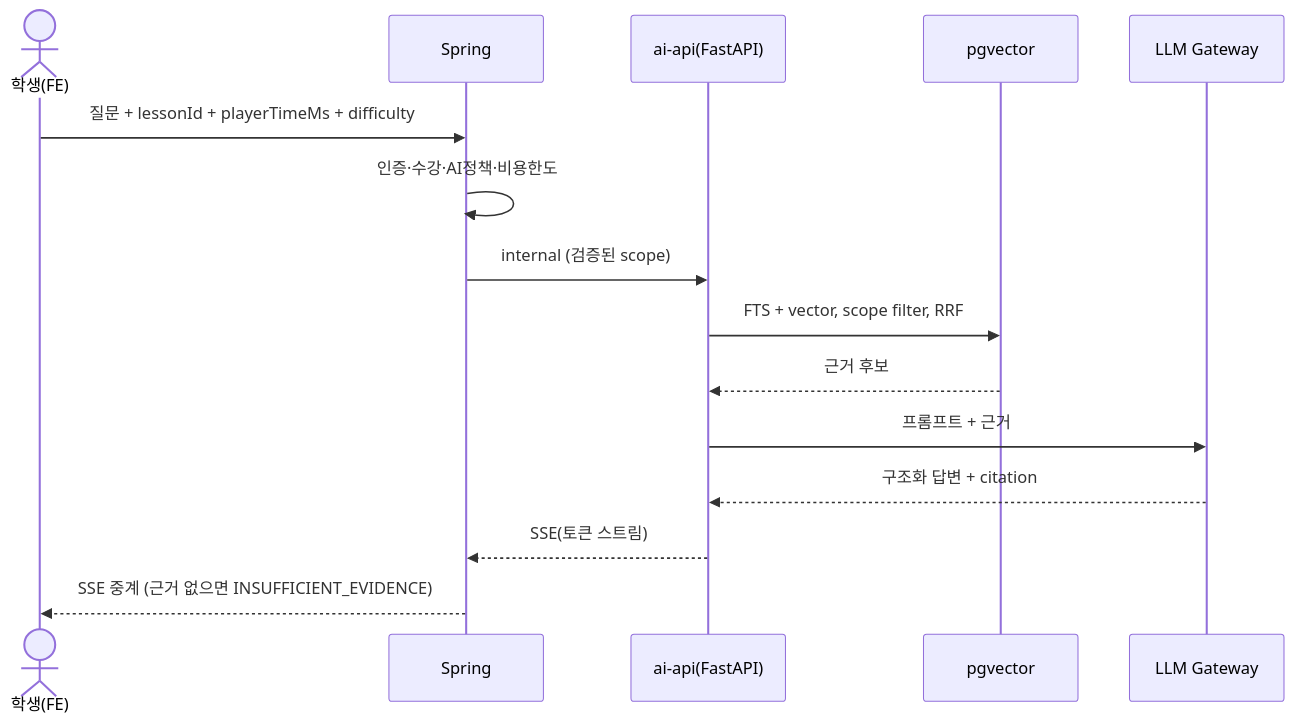
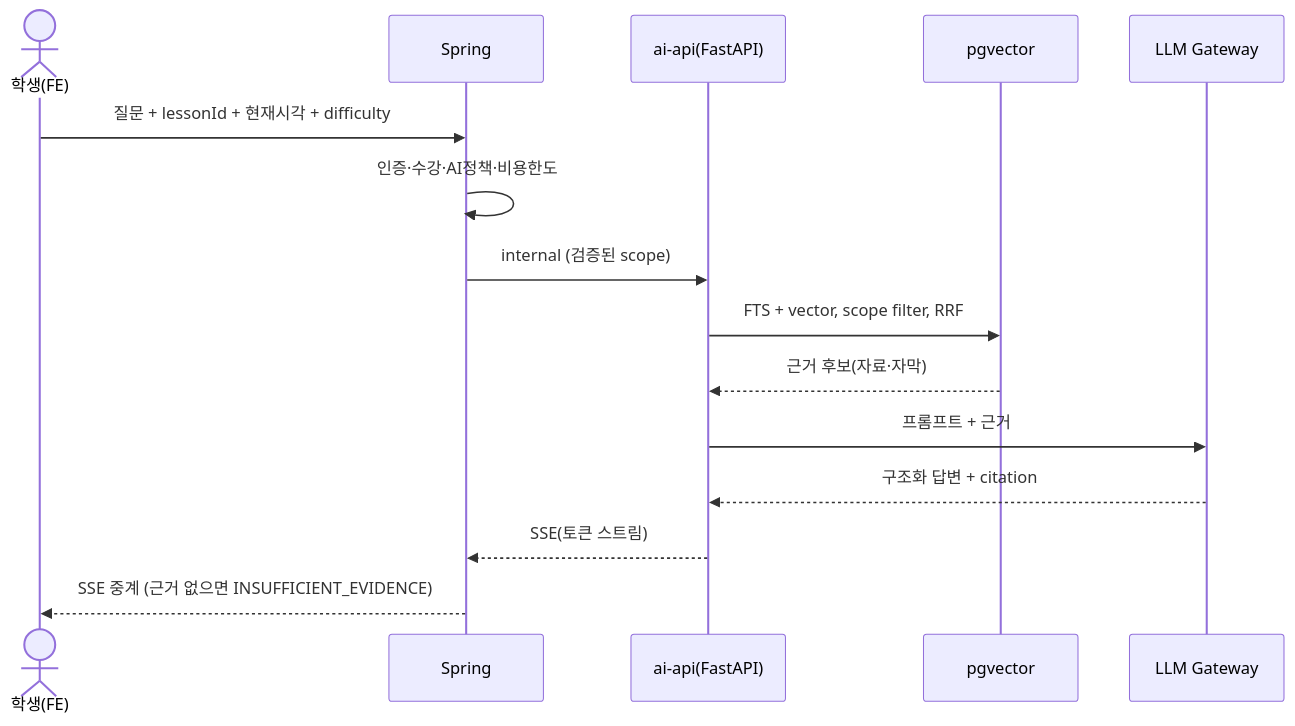
The third of 5 diagrams in docs/ARCHITECTURE.md (thdwjdrl401/jiphyeonjeon), drawn with Mermaid before and after one commit. The commit also changed other lines of this file and 4 other files, not shown here.

First line of the commit message:
docs: 완전 라이브 지향 전환 — ARCHITECTURE·ADR 개정

````diff
--- a/docs/ARCHITECTURE.md
+++ b/docs/ARCHITECTURE.md
@@ -99,17 +103,17 @@
 ```mermaid
 sequenceDiagram
   actor S as 학생(FE)
   participant SP as Spring
   participant API as ai-api(FastAPI)
   participant PG as pgvector
   participant GW as LLM Gateway
-  S->>SP: 질문 + lessonId + playerTimeMs + difficulty
+  S->>SP: 질문 + lessonId + 현재시각 + difficulty
   SP->>SP: 인증·수강·AI정책·비용한도
   SP->>API: internal (검증된 scope)
   API->>PG: FTS + vector, scope filter, RRF
-  PG-->>API: 근거 후보
+  PG-->>API: 근거 후보(자료·자막)
   API->>GW: 프롬프트 + 근거
   GW-->>API: 구조화 답변 + citation
   API-->>SP: SSE(토큰 스트림)
   SP-->>S: SSE 중계 (근거 없으면 INSUFFICIENT_EVIDENCE)
 ```
````
